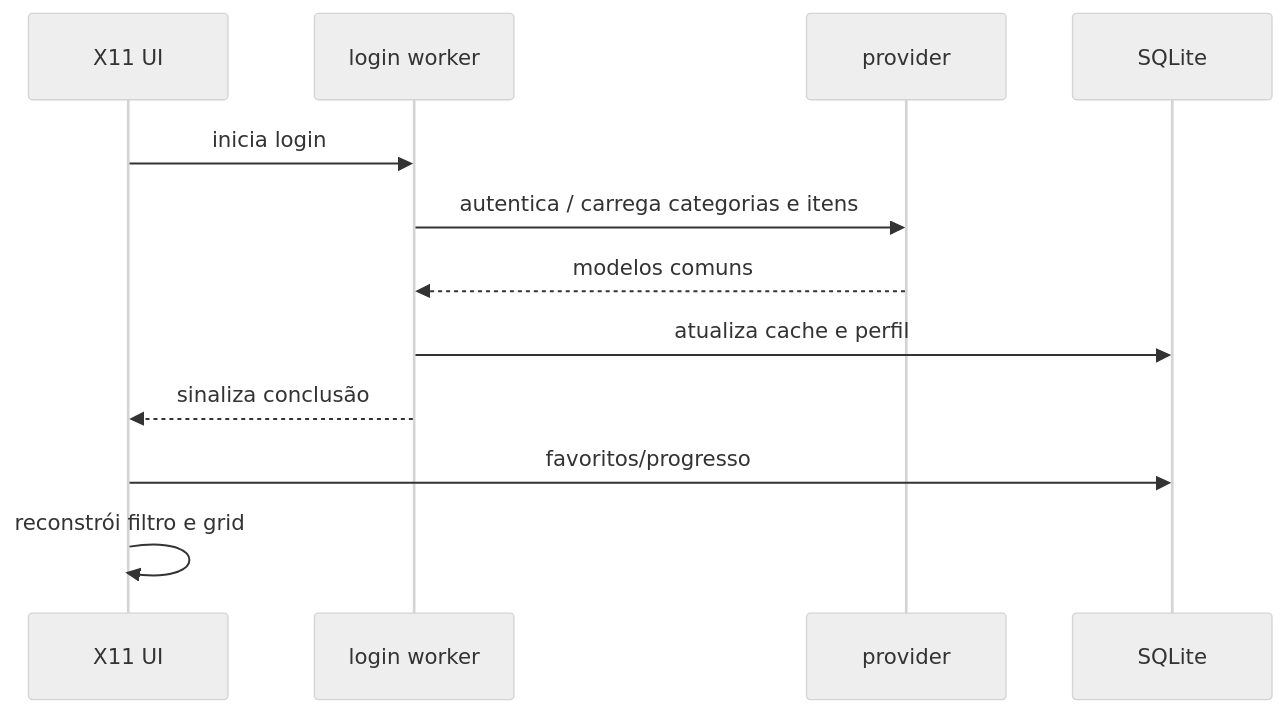
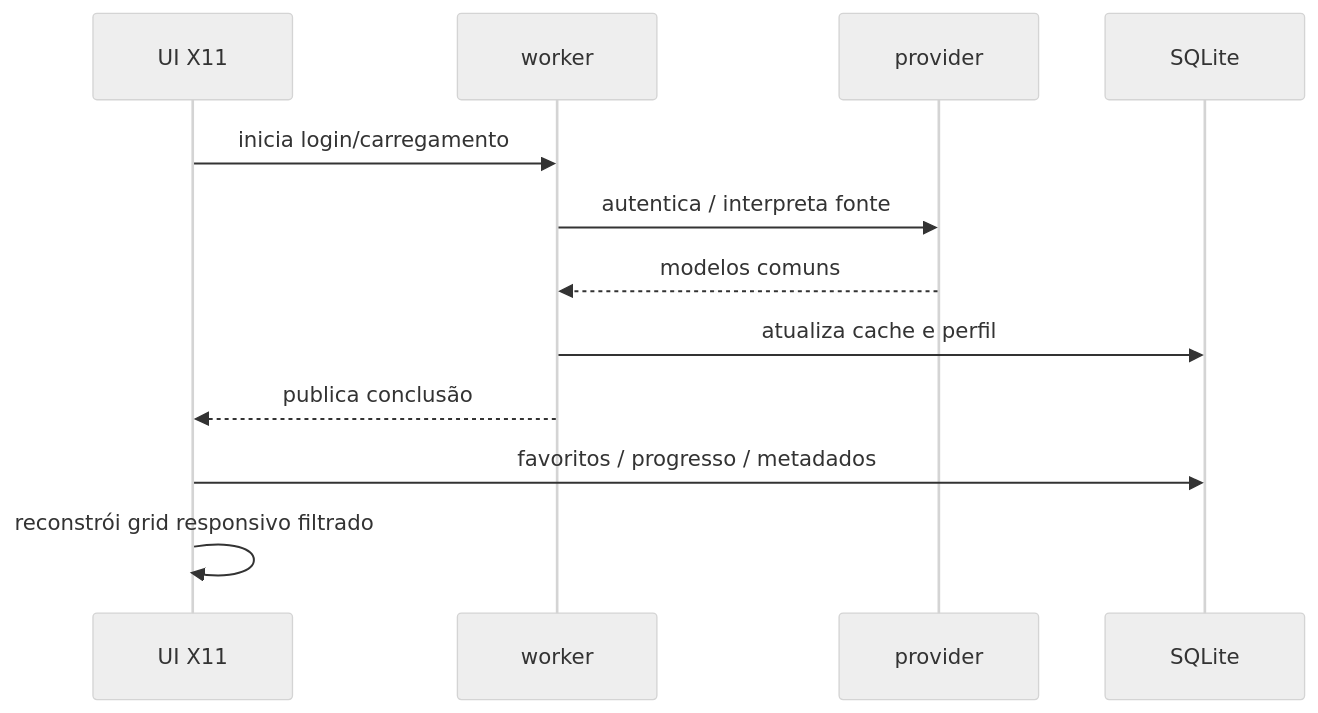
One commit to xoykor/blazzing changed the second of 2 diagrams in docs/ARCHITECTURE.pt-BR.md. Above: the diagram before and after it, drawn with Mermaid (neutral theme). The commit also changed other lines of this file, not shown here.

Commit message:
docs: align Portuguese architecture with final design

````diff
--- a/docs/ARCHITECTURE.pt-BR.md
+++ b/docs/ARCHITECTURE.pt-BR.md
@@ -62,14 +72,15 @@
 ```mermaid
 sequenceDiagram
-    participant UI as X11 UI
-    participant W as login worker
+    participant UI as UI X11
+    participant W as worker
     participant P as provider
     participant DB as SQLite
-    UI->>W: inicia login
-    W->>P: autentica / carrega categorias e itens
+
+    UI->>W: inicia login/carregamento
+    W->>P: autentica / interpreta fonte
     P-->>W: modelos comuns
     W->>DB: atualiza cache e perfil
-    W-->>UI: sinaliza conclusão
-    UI->>DB: favoritos/progresso
-    UI->>UI: reconstrói filtro e grid
+    W-->>UI: publica conclusão
+    UI->>DB: favoritos / progresso / metadados
+    UI->>UI: reconstrói grid responsivo filtrado
 ```
````
